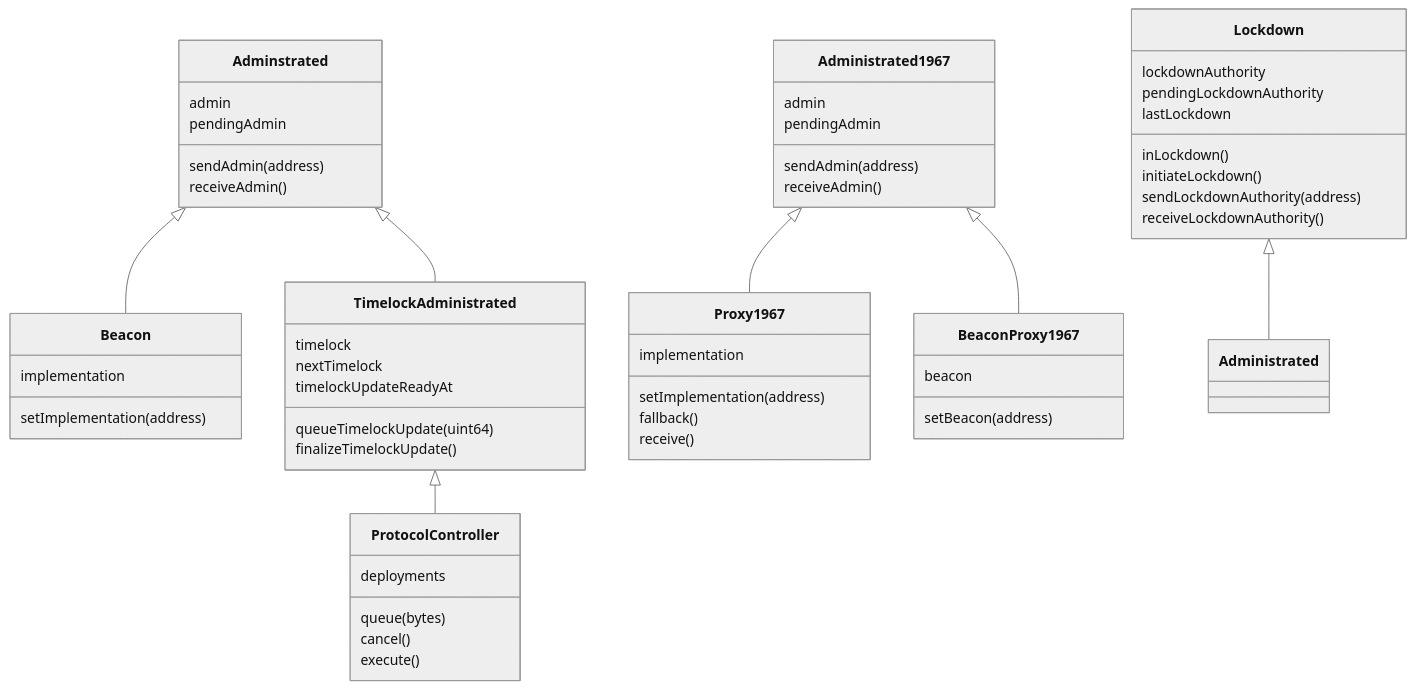
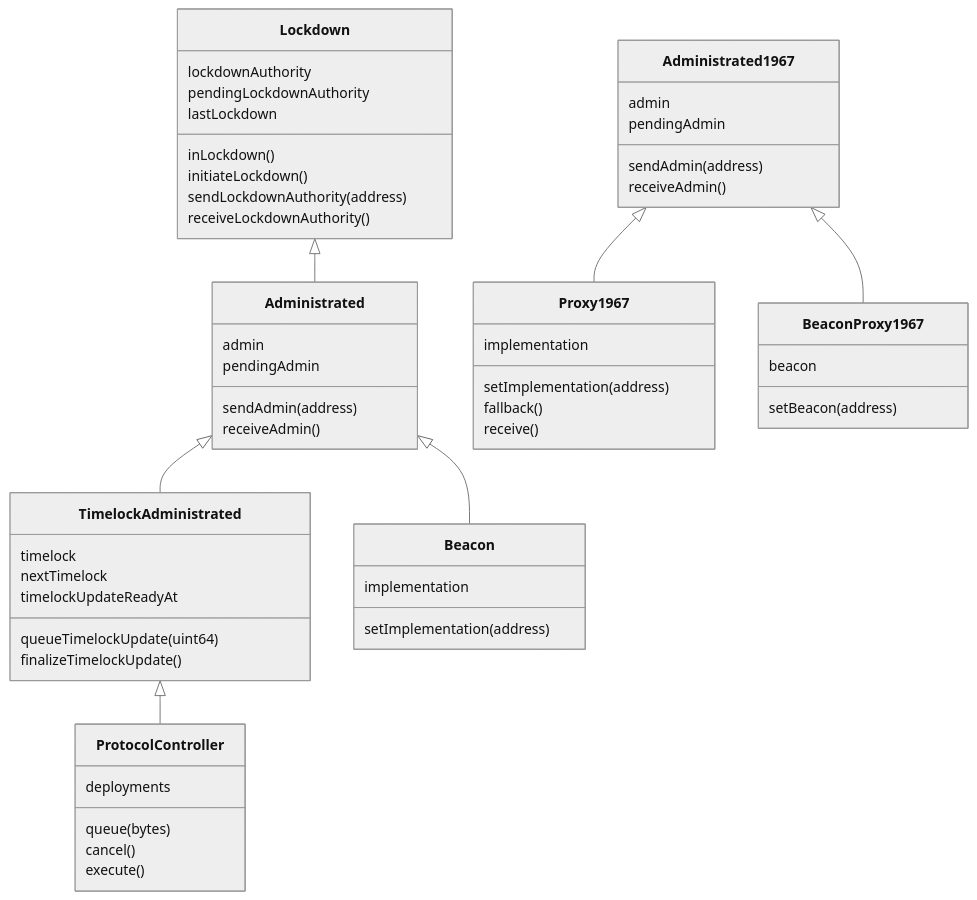
The second of 2 diagrams in README.md (jtriley2p/protoctl), drawn with Mermaid (neutral theme) before and after one commit. The commit also changed other lines of this file, not shown here.

````diff
--- a/README.md
+++ b/README.md
@@ -69,70 +80,70 @@
 ```mermaid
 classDiagram
     class Lockdown {
         lockdownAuthority
         pendingLockdownAuthority
         lastLockdown
 
         inLockdown()
         initiateLockdown()
         sendLockdownAuthority(address)
         receiveLockdownAuthority()
     }
 
-    class Adminstrated {
+    class Administrated {
         admin
         pendingAdmin
 
         sendAdmin(address)
         receiveAdmin()
     }
 
     class Administrated1967 {
         admin
         pendingAdmin
 
         sendAdmin(address)
         receiveAdmin()
     }
 
     class TimelockAdministrated {
         timelock
         nextTimelock
         timelockUpdateReadyAt
 
         queueTimelockUpdate(uint64)
         finalizeTimelockUpdate()
     }
 
     class Proxy1967 {
         implementation
         setImplementation(address)
         fallback()
         receive()
     }
 
     class Beacon {
         implementation
         setImplementation(address)
     }
 
     class BeaconProxy1967 {
         beacon
         setBeacon(address)
     }
 
     class ProtocolController {
         deployments
         queue(bytes)
         cancel()
         execute()
     }
 
     Administrated1967 <|-- Proxy1967
     Administrated1967 <|-- BeaconProxy1967
 
     Lockdown <|-- Administrated
-    Adminstrated <|-- Beacon
-    Adminstrated <|-- TimelockAdministrated
+    Administrated <|-- Beacon
+    Administrated <|-- TimelockAdministrated
     TimelockAdministrated <|-- ProtocolController
 ```
````
